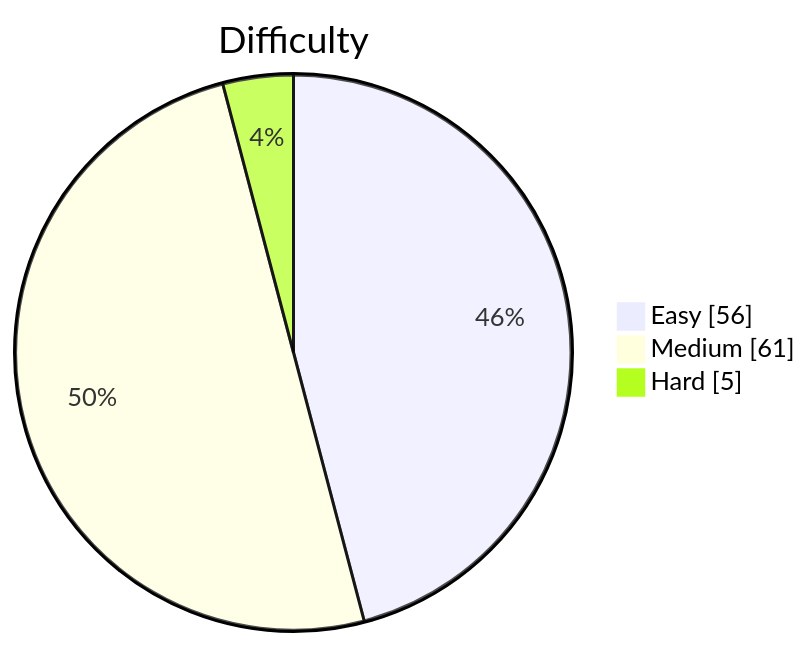
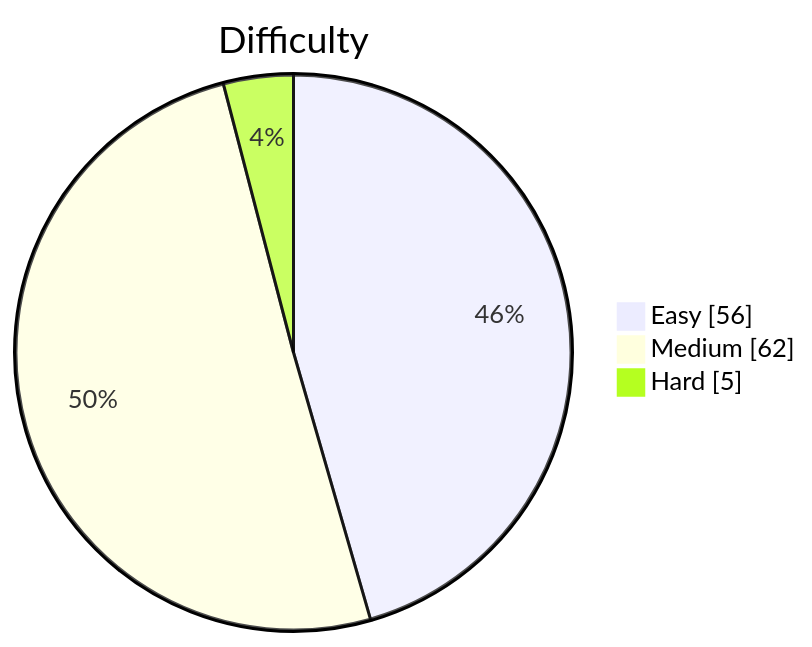
The diagram in README.md (kevstevie/python-algo-practice), drawn with Mermaid before and after one commit. The commit also changed other lines of this file, not shown here.

````diff
--- a/README.md
+++ b/README.md
@@ -13,7 +13,7 @@
 ```mermaid
 pie showData
     title Difficulty
     "Easy"   : 56
-    "Medium" : 61
+    "Medium" : 62
     "Hard"   : 5
 ```
````
